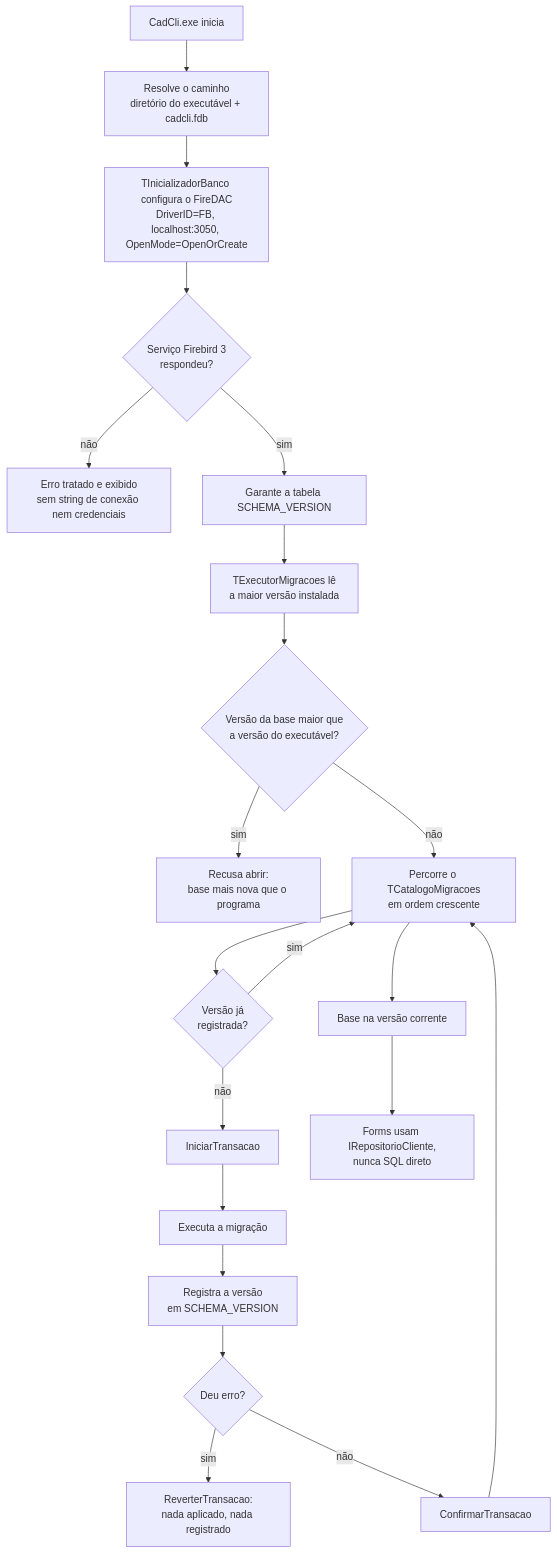
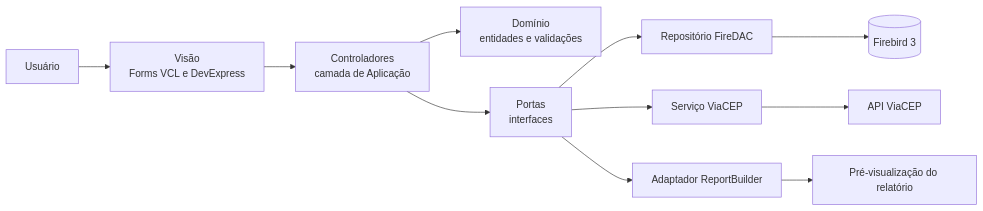
The second of 2 diagrams in README.md (jsousaliz/cadcli), drawn with Mermaid before and after one commit. The commit also changed other lines of this file and 17 other files, not shown here.

````diff
--- a/README.md
+++ b/README.md
@@ -113,23 +54,13 @@
 ```mermaid
-flowchart TD
-    A[CadCli.exe inicia] --> B[Resolve o caminho<br/>diretório do executável + cadcli.fdb]
-    B --> C[TInicializadorBanco configura o FireDAC<br/>DriverID=FB, localhost:3050, OpenMode=OpenOrCreate]
-    C --> D{Serviço Firebird 3<br/>respondeu?}
-    D -- não --> E[Erro tratado e exibido<br/>sem string de conexão nem credenciais]
-    D -- sim --> F[Garante a tabela SCHEMA_VERSION]
-    F --> G[TExecutorMigracoes lê<br/>a maior versão instalada]
-    G --> H{Versão da base maior que<br/>a versão do executável?}
-    H -- sim --> I[Recusa abrir:<br/>base mais nova que o programa]
-    H -- não --> J[Percorre o TCatalogoMigracoes<br/>em ordem crescente]
-    J --> K{Versão já<br/>registrada?}
-    K -- sim --> J
-    K -- não --> L[IniciarTransacao]
-    L --> M[Executa a migração]
-    M --> N[Registra a versão<br/>em SCHEMA_VERSION]
-    N --> O{Deu erro?}
-    O -- sim --> P[ReverterTransacao:<br/>nada aplicado, nada registrado]
-    O -- não --> Q[ConfirmarTransacao]
-    Q --> J
-    J --> R[Base na versão corrente]
-    R --> S[Forms usam IRepositorioCliente,<br/>nunca SQL direto]
+flowchart LR
+    U[Usuário] --> V[Visão<br/>Forms VCL e DevExpress]
+    V --> C[Controladores<br/>camada de Aplicação]
+    C --> D[Domínio<br/>entidades e validações]
+    C --> P[Portas<br/>interfaces]
+    P --> R[Repositório FireDAC]
+    P --> H[Serviço ViaCEP]
+    P --> G[Adaptador ReportBuilder]
+    R --> F[(Firebird 3)]
+    H --> E[API ViaCEP]
+    G --> L[Pré-visualização do relatório]
 ```
````
